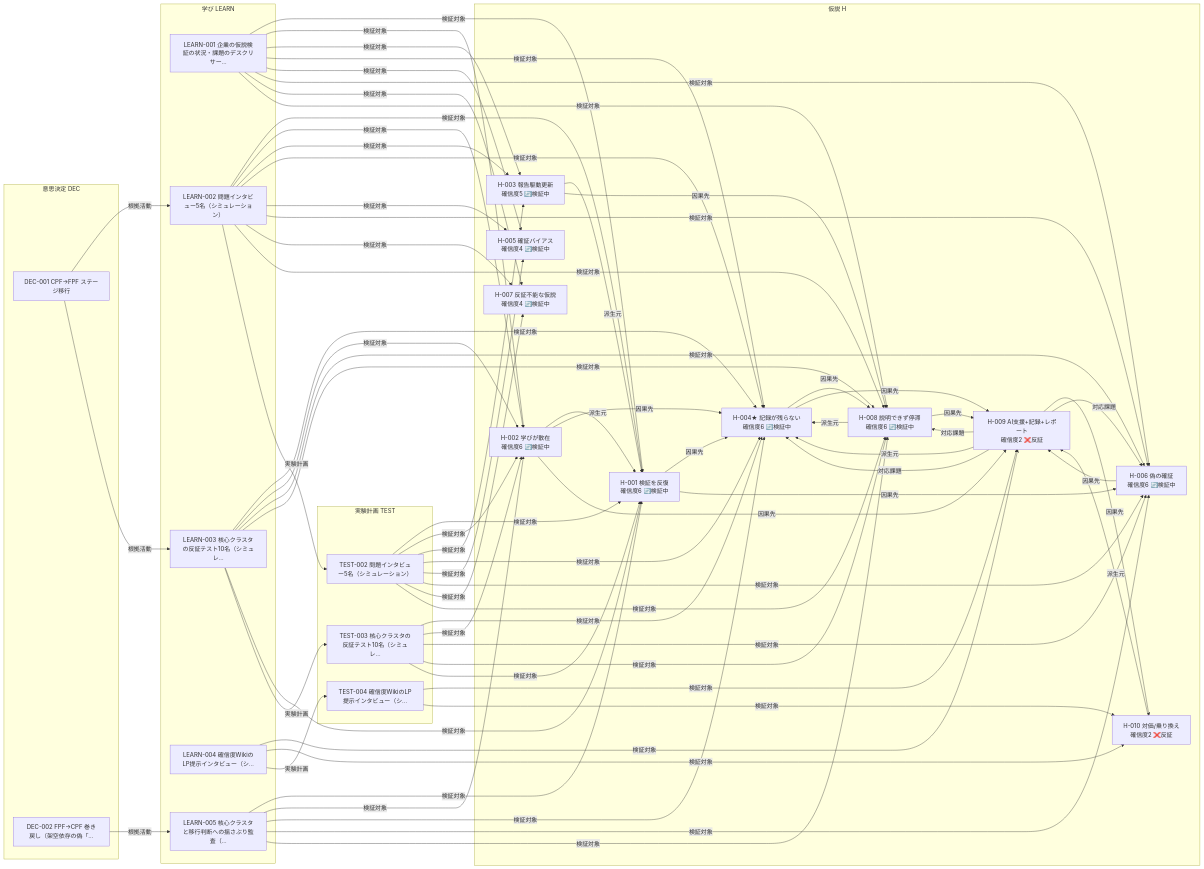
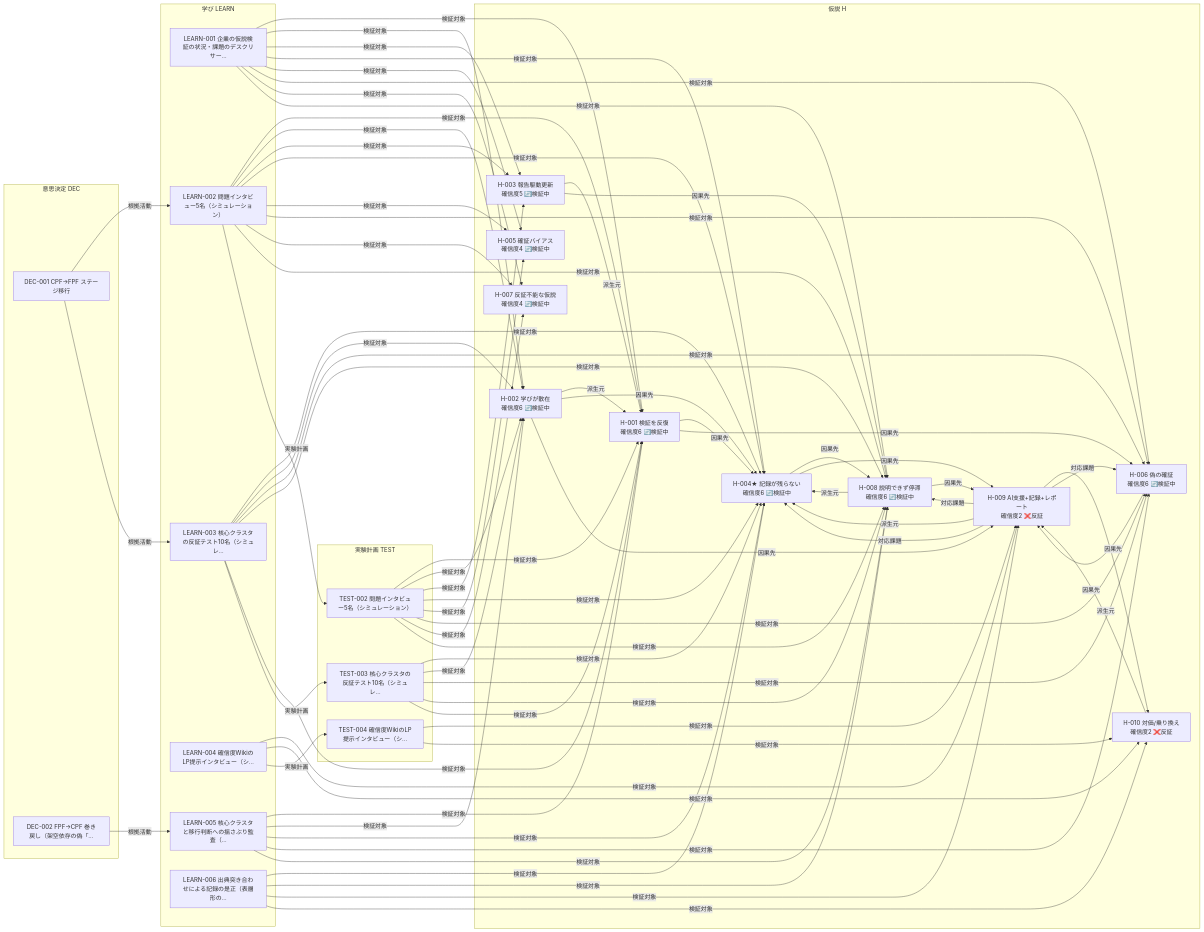
One commit to haru01/hypothesis-wiki changed the diagram in projects/self/wiki/views/relations.md. Above: the diagram before and after it, drawn with Mermaid. The commit also changed other lines of this file and 53 other files, not shown here.

```diff
--- a/projects/self/wiki/views/relations.md
+++ b/projects/self/wiki/views/relations.md
@@ -32,6 +32,7 @@
       SELF_LEARN_003["LEARN-003 核心クラスタの反証テスト10名（シミュレ…"]
       SELF_LEARN_004["LEARN-004 確信度WikiのLP提示インタビュー（シ…"]
       SELF_LEARN_005["LEARN-005 核心クラスタと移行判断への揺さぶり監査（…"]
+      SELF_LEARN_006["LEARN-006 出典突き合わせによる記録の是正（表層形の…"]
     end
     subgraph DEC["意思決定 DEC"]
       SELF_DEC_001["DEC-001 CPF→FPF ステージ移行"]
@@ -101,6 +102,10 @@
     SELF_LEARN_005 -->|検証対象| SELF_H_004
     SELF_LEARN_005 -->|検証対象| SELF_H_006
     SELF_LEARN_005 -->|検証対象| SELF_H_008
+    SELF_LEARN_006 -->|検証対象| SELF_H_004
+    SELF_LEARN_006 -->|検証対象| SELF_H_008
+    SELF_LEARN_006 -->|検証対象| SELF_H_009
+    SELF_LEARN_006 -->|検証対象| SELF_H_010
     SELF_DEC_001 -->|根拠活動| SELF_LEARN_002
     SELF_DEC_001 -->|根拠活動| SELF_LEARN_003
     SELF_DEC_002 -->|根拠活動| SELF_LEARN_005
```
